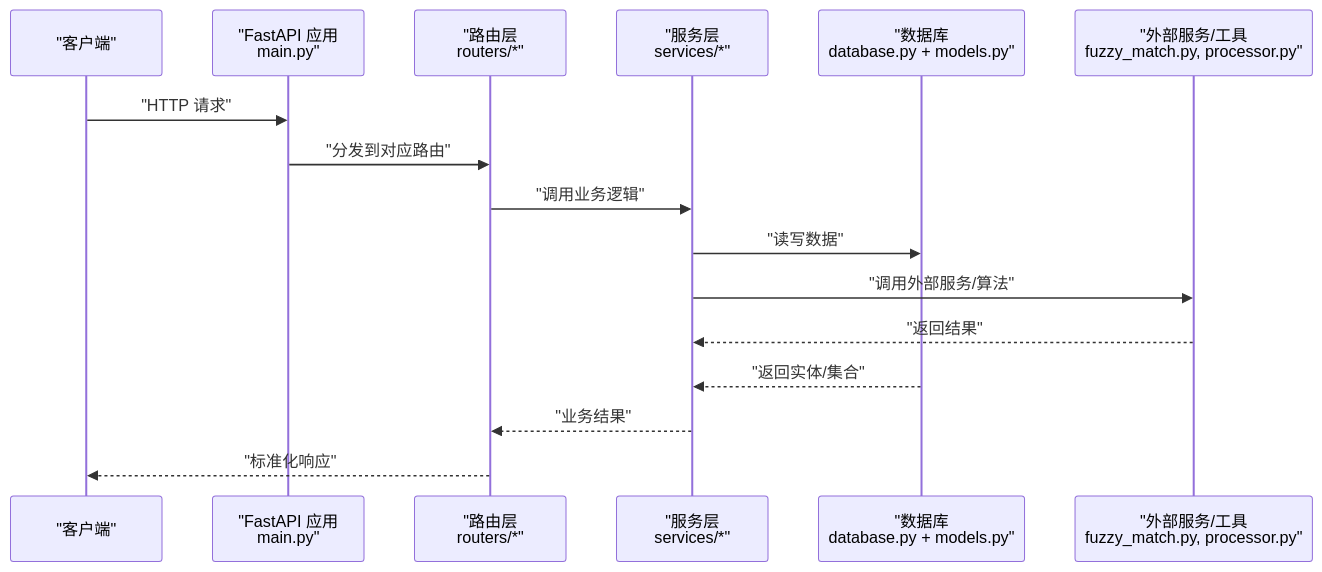
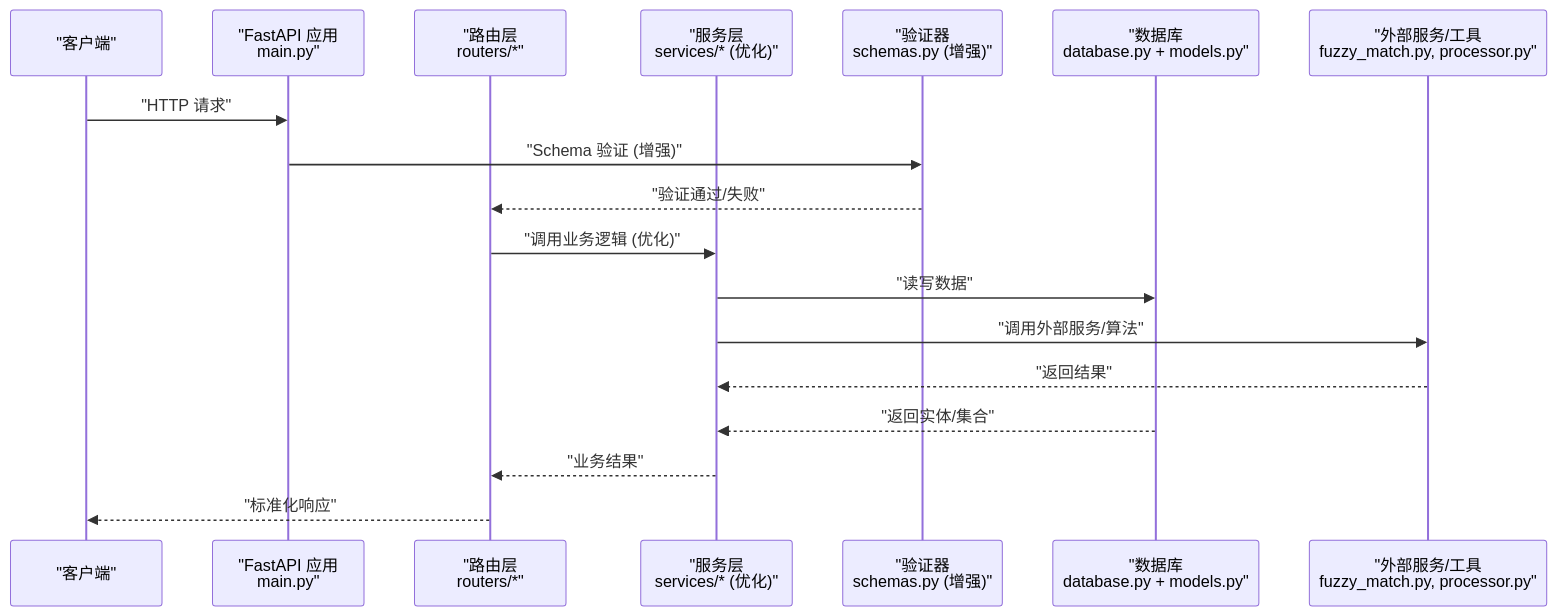
The second of 6 diagrams in .qoder/repowiki/zh/content/后端开发/后端开发.md (xufuyu/Lumen), drawn with Mermaid before and after one commit. The commit also changed other lines of this file and 43 other files, not shown here.

````diff
--- a/.qoder/repowiki/zh/content/后端开发/后端开发.md
+++ b/.qoder/repowiki/zh/content/后端开发/后端开发.md
@@ -113,18 +108,20 @@
 ```mermaid
 sequenceDiagram
 participant Client as "客户端"
 participant App as "FastAPI 应用<br/>main.py"
 participant Router as "路由层<br/>routers/*"
-participant Service as "服务层<br/>services/*"
+participant Service as "服务层<br/>services/* (优化)"
+participant Validator as "验证器<br/>schemas.py (增强)"
 participant DB as "数据库<br/>database.py + models.py"
 participant Ext as "外部服务/工具<br/>fuzzy_match.py, processor.py"
 Client->>App : "HTTP 请求"
-App->>Router : "分发到对应路由"
-Router->>Service : "调用业务逻辑"
+App->>Validator : "Schema 验证 (增强)"
+Validator-->>Router : "验证通过/失败"
+Router->>Service : "调用业务逻辑 (优化)"
 Service->>DB : "读写数据"
 Service->>Ext : "调用外部服务/算法"
 Ext-->>Service : "返回结果"
 DB-->>Service : "返回实体/集合"
 Service-->>Router : "业务结果"
 Router-->>Client : "标准化响应"
 ```
````
